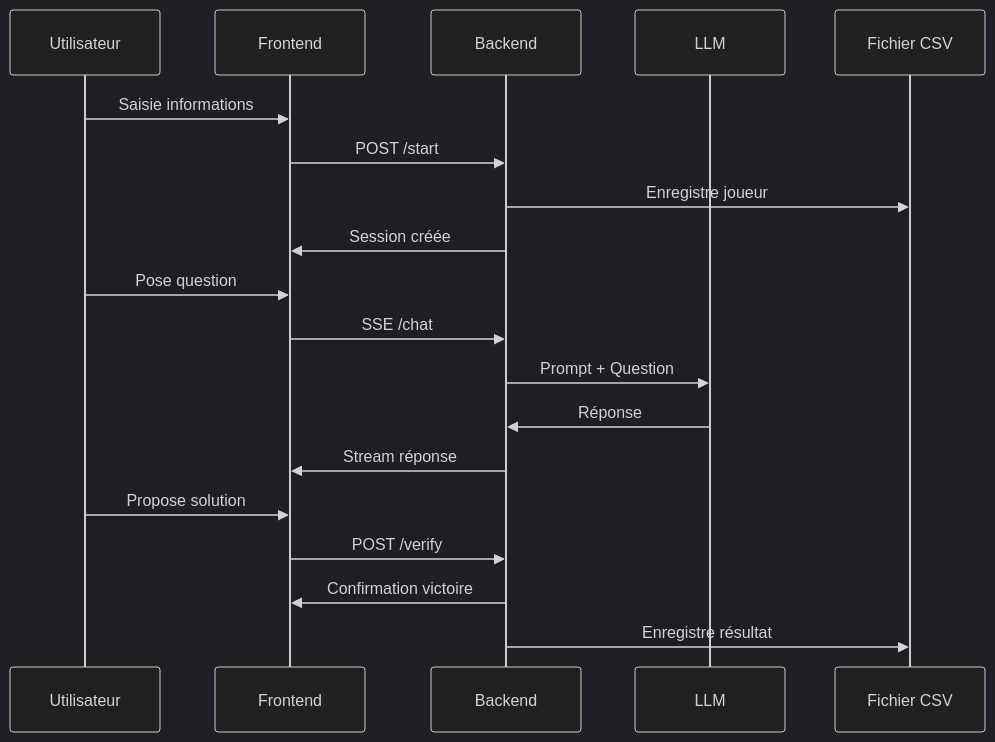
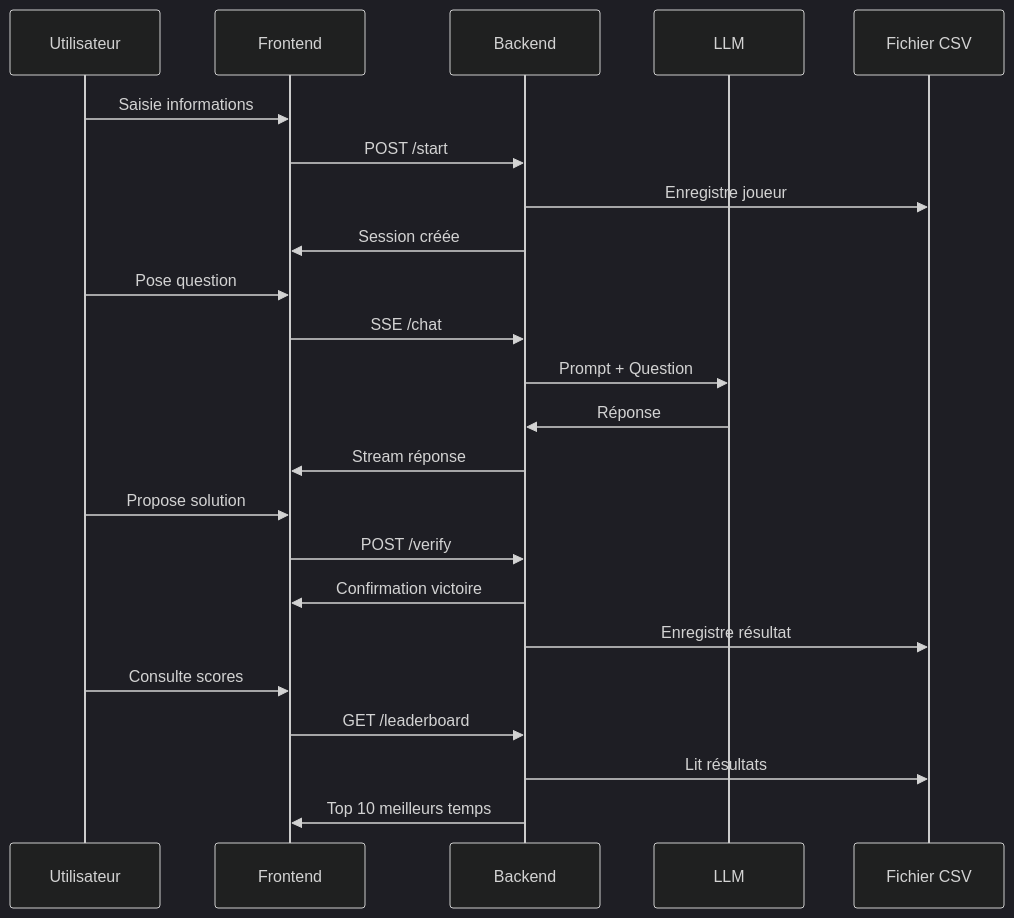
Before and after one commit to garc33/defeat-the-prompt: the second of 2 diagrams in docs/architecture.md, drawn with Mermaid (dark theme). The commit also changed other lines of this file and 5 other files, not shown here.

````diff
--- a/docs/architecture.md
+++ b/docs/architecture.md
@@ -43,24 +45,29 @@
 ```mermaid
 sequenceDiagram
     participant U as Utilisateur
     participant F as Frontend
     participant B as Backend
     participant L as LLM
     participant CSV as Fichier CSV
 
     U->>F: Saisie informations
     F->>B: POST /start
     B->>CSV: Enregistre joueur
     B->>F: Session créée
     
     U->>F: Pose question
     F->>B: SSE /chat
     B->>L: Prompt + Question
     L->>B: Réponse
     B->>F: Stream réponse
     
     U->>F: Propose solution
     F->>B: POST /verify
     B->>F: Confirmation victoire
     B->>CSV: Enregistre résultat
+    
+    U->>F: Consulte scores
+    F->>B: GET /leaderboard
+    B->>CSV: Lit résultats
+    B->>F: Top 10 meilleurs temps
 ```
````
